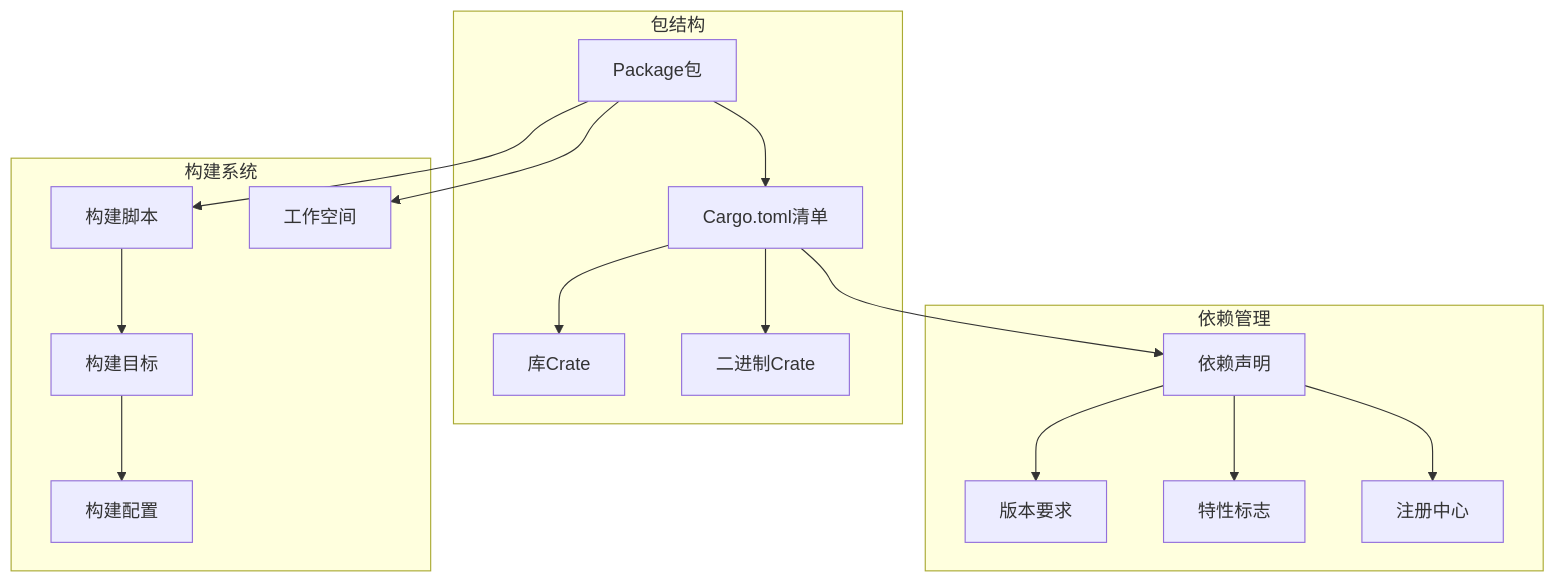
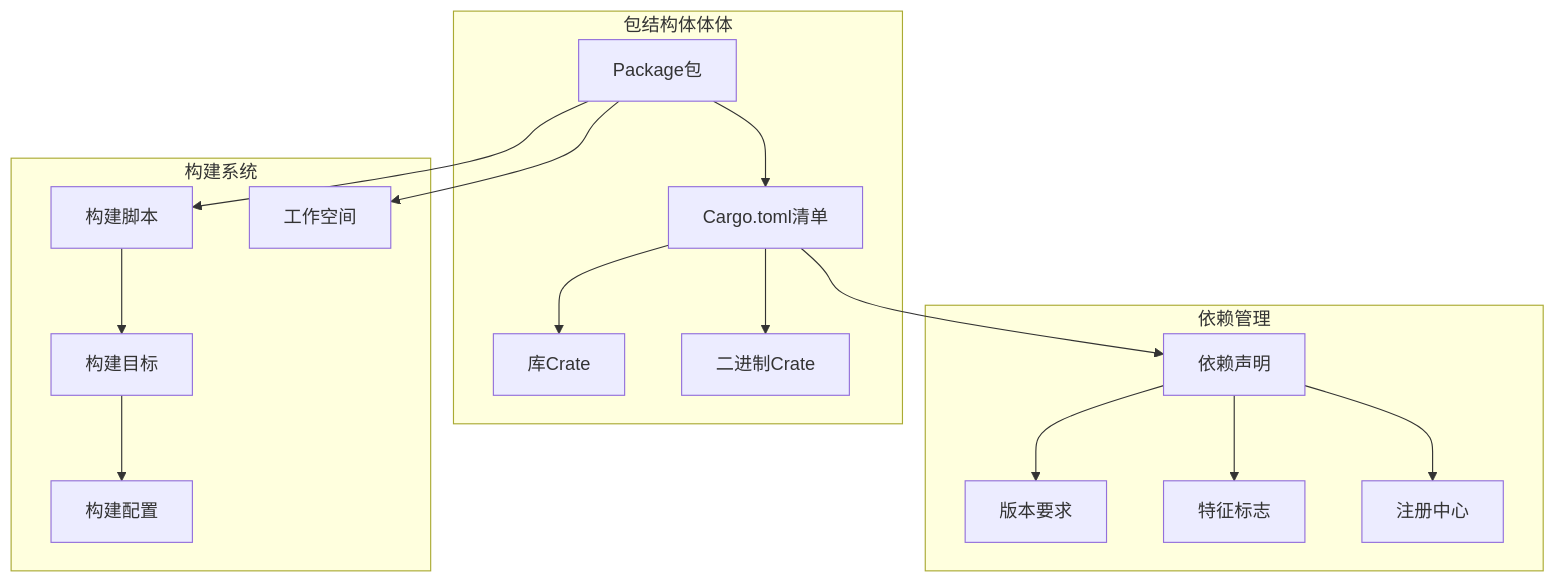
The diagram in formal_rust/refactor/01_core_theory/04_organization_semantics/02_project_structure_semantics/01_cargo_semantics.md (martin-ly/rust-lang), drawn with Mermaid before and after one commit. The commit also changed other lines of this file and 5740 other files, not shown here.

````diff
--- a/formal_rust/refactor/01_core_theory/04_organization_semantics/02_project_structure_semantics/01_cargo_semantics.md
+++ b/formal_rust/refactor/01_core_theory/04_organization_semantics/02_project_structure_semantics/01_cargo_semantics.md
@@ -65,37 +65,37 @@
 ```mermaid
 graph TB
-    subgraph "包结构"
+    subgraph "包结构体体体"
         Package[Package包]
         Manifest[Cargo.toml清单]
         LibraryCrate[库Crate]
         BinaryCrate[二进制Crate]
     end
     
     subgraph "依赖管理"
         Dependencies[依赖声明]
         VersionReq[版本要求]
-        Features[特性标志]
+        Features[特征标志]
         Registry[注册中心]
     end
     
     subgraph "构建系统"
         BuildScript[构建脚本]
         Target[构建目标]
         Profile[构建配置]
         Workspace[工作空间]
     end
     
     Package --> Manifest
     Manifest --> LibraryCrate
     Manifest --> BinaryCrate
     Manifest --> Dependencies
     
     Dependencies --> VersionReq
     Dependencies --> Features
     Dependencies --> Registry
     
     Package --> BuildScript
     BuildScript --> Target
     Target --> Profile
     Package --> Workspace
 ```
````
